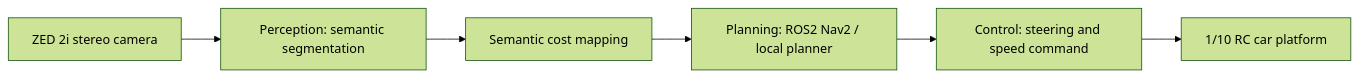
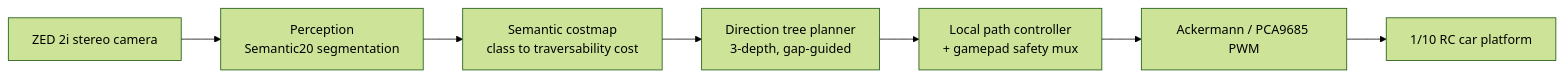
Before and after one commit to imtaebin83-debug/ADOM: the diagram in docs/system-architecture/overview.md, drawn with Mermaid (forest theme). The commit also changed other lines of this file and 9 other files, not shown here.

````diff
--- a/docs/system-architecture/overview.md
+++ b/docs/system-architecture/overview.md
@@ -13,8 +16,9 @@
 ```mermaid
 flowchart LR
-    A["ZED 2i stereo camera"] --> B["Perception: semantic segmentation"]
-    B --> C["Semantic cost mapping"]
-    C --> D["Planning: ROS2 Nav2 / local planner"]
-    D --> E["Control: steering and speed command"]
-    E --> F["1/10 RC car platform"]
+    A["ZED 2i stereo camera"] --> B["Perception<br/>Semantic20 segmentation"]
+    B --> C["Semantic costmap<br/>class to traversability cost"]
+    C --> D["Direction tree planner<br/>3-depth, gap-guided"]
+    D --> E["Local path controller<br/>+ gamepad safety mux"]
+    E --> F["Ackermann / PCA9685 PWM"]
+    F --> G["1/10 RC car platform"]
 ```
````
